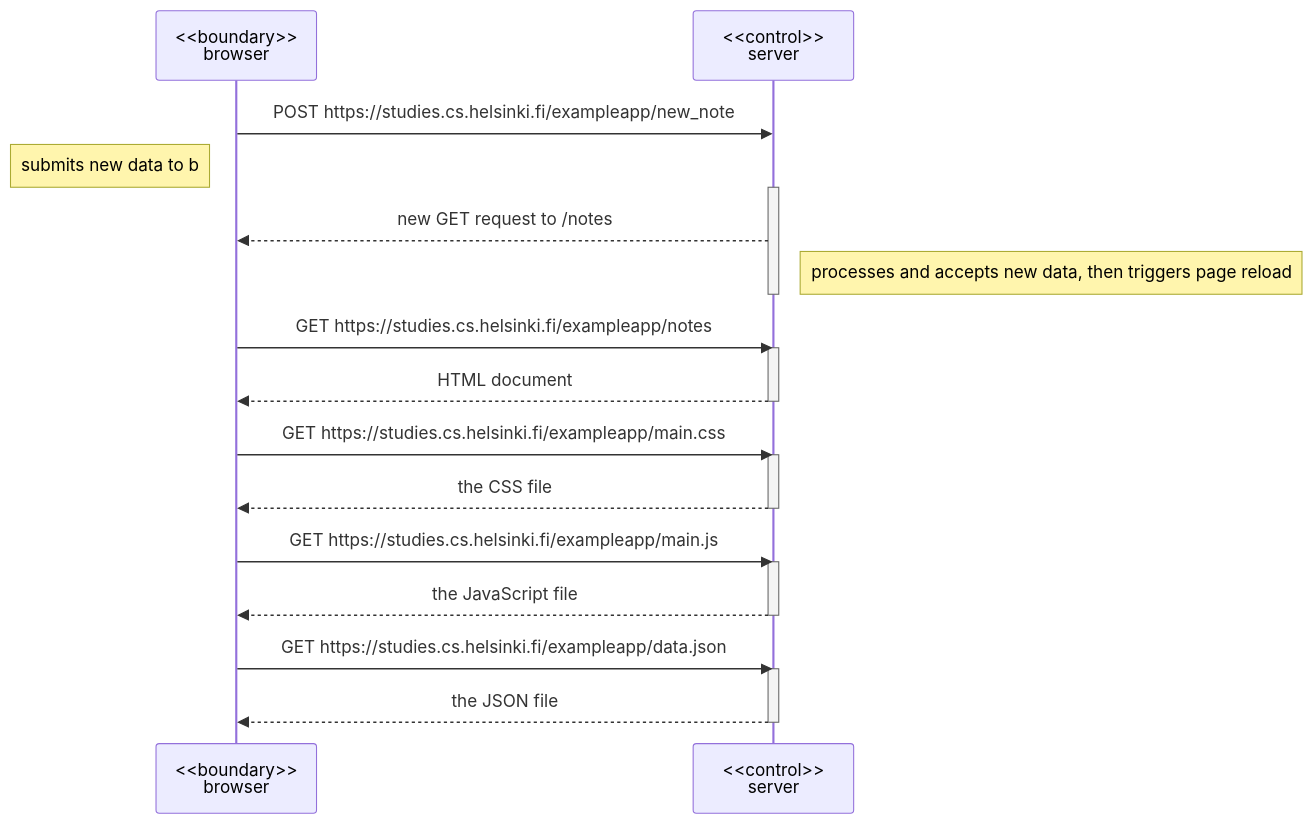
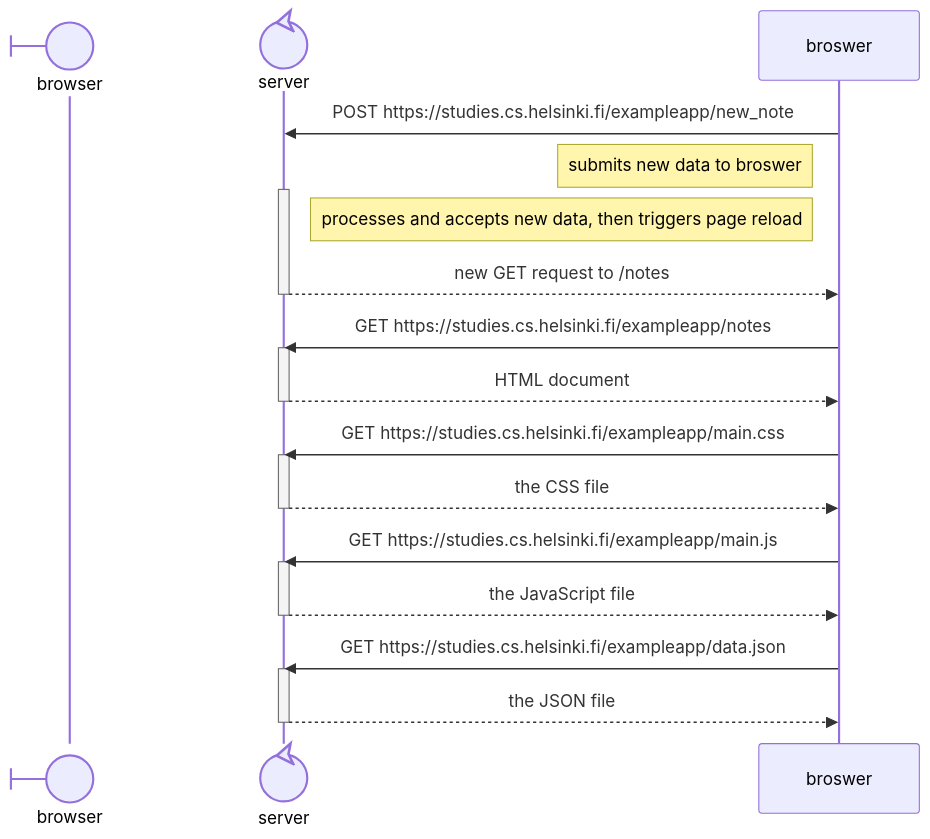
The diagram in PART 0/0.4/new-notes-mermaid-diagram.md (billiraheem/fullstack-open), drawn with Mermaid before and after one commit.

Commit message:
second fix

````diff
--- a/PART 0/0.4/new-notes-mermaid-diagram.md
+++ b/PART 0/0.4/new-notes-mermaid-diagram.md
@@ -1,32 +1,32 @@
 ```mermaid
 sequenceDiagram
-    participant b as <<boundary>><br>browser
-    participant s as <<control>><br>server
+    participant browser@{ "type" : "boundary" }
+    participant server@{ "type" : "control" }
 
-    b->>s: POST https://studies.cs.helsinki.fi/exampleapp/new_note
-    Note left of b: submits new data to b
-    activate s
-    s-->>b: new GET request to /notes
-    Note right of s: processes and accepts new data, then triggers page reload
-    deactivate s
+    broswer->>server: POST https://studies.cs.helsinki.fi/exampleapp/new_note
+    Note left of broswer: submits new data to broswer
+    activate server
+    Note right of server: processes and accepts new data, then triggers page reload
+    server-->>broswer: new GET request to /notes
+    deactivate server
 
-    b->>s: GET https://studies.cs.helsinki.fi/exampleapp/notes
-    activate s
-    s-->>b: HTML document
-    deactivate s
+    broswer->>server: GET https://studies.cs.helsinki.fi/exampleapp/notes
+    activate server
+    server-->>broswer: HTML document
+    deactivate server
 
-    b->>s: GET https://studies.cs.helsinki.fi/exampleapp/main.css
-    activate s
-    s-->>b: the CSS file
-    deactivate s
+    broswer->>server: GET https://studies.cs.helsinki.fi/exampleapp/main.css
+    activate server
+    server-->>broswer: the CSS file
+    deactivate server
 
-    b->>s: GET https://studies.cs.helsinki.fi/exampleapp/main.js
-    activate s
-    s-->>b: the JavaScript file
-    deactivate s
+    broswer->>server: GET https://studies.cs.helsinki.fi/exampleapp/main.js
+    activate server
+    server-->>broswer: the JavaScript file
+    deactivate server
 
-    b->>s: GET https://studies.cs.helsinki.fi/exampleapp/data.json
-    activate s
-    s-->>b: the JSON file
-    deactivate s
+    broswer->>server: GET https://studies.cs.helsinki.fi/exampleapp/data.json
+    activate server
+    server-->>broswer: the JSON file
+    deactivate server
 ```
````
